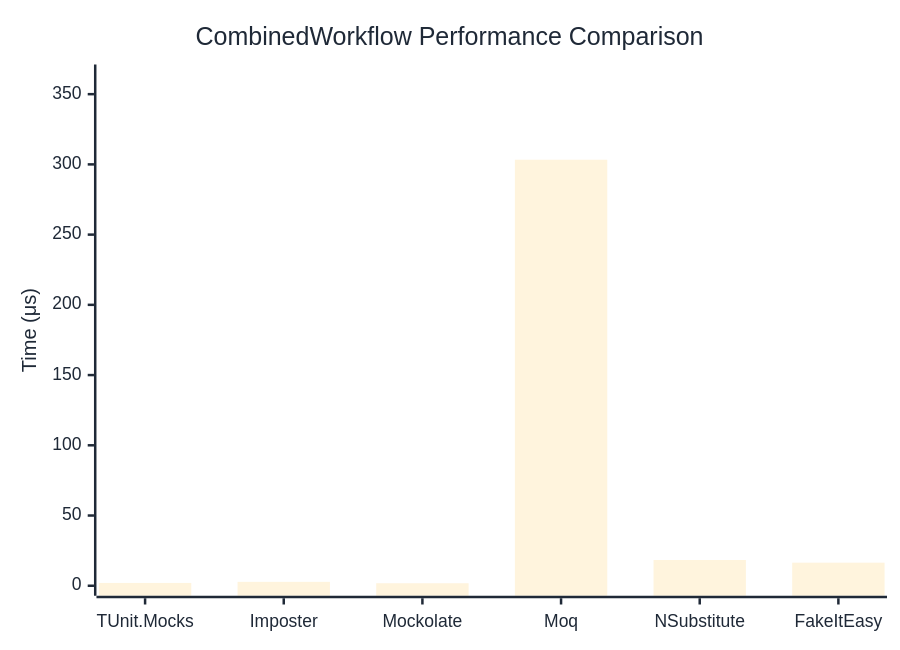
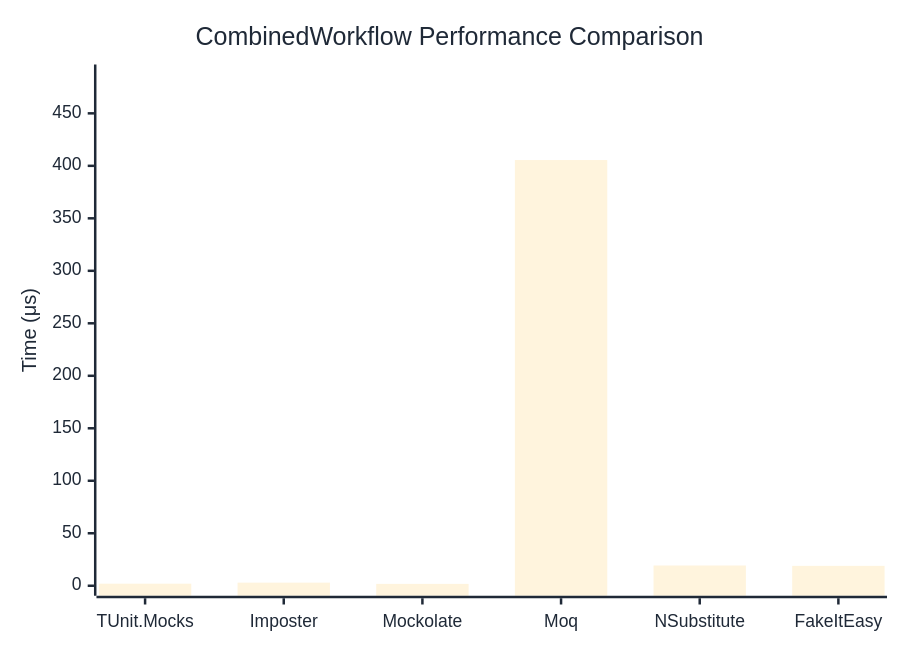
One commit to thomhurst/TUnit changed the diagram in docs/docs/benchmarks/mocks/CombinedWorkflow.md. Above: the diagram before and after it, drawn with Mermaid. The commit also changed other lines of this file and 14 other files, not shown here.

````diff
--- a/docs/docs/benchmarks/mocks/CombinedWorkflow.md
+++ b/docs/docs/benchmarks/mocks/CombinedWorkflow.md
@@ -30,27 +30,27 @@
 ```mermaid
 %%{init: {
   'theme':'base',
   'themeVariables': {
     'primaryColor': '#2563eb',
     'primaryTextColor': '#1f2937',
     'primaryBorderColor': '#1e40af',
     'lineColor': '#6b7280',
     'secondaryColor': '#7c3aed',
     'tertiaryColor': '#dc2626',
     'background': '#ffffff',
     'pie1': '#2563eb',
     'pie2': '#7c3aed',
     'pie3': '#dc2626',
     'pie4': '#f59e0b',
     'pie5': '#10b981',
     'pie6': '#06b6d4',
     'pie7': '#ec4899',
     'pie8': '#6366f1'
   }
 }}%%
 xychart-beta
   title "CombinedWorkflow Performance Comparison"
   x-axis ["TUnit.Mocks", "Imposter", "Mockolate", "Moq", "NSubstitute", "FakeItEasy"]
-  y-axis "Time (μs)" 0 --> 364
-  bar [2.005, 2.783, 1.79, 303.325, 18.32, 16.434]
+  y-axis "Time (μs)" 0 --> 487
+  bar [1.965, 2.966, 1.774, 405.519, 19.296, 18.956]
 ```
````
